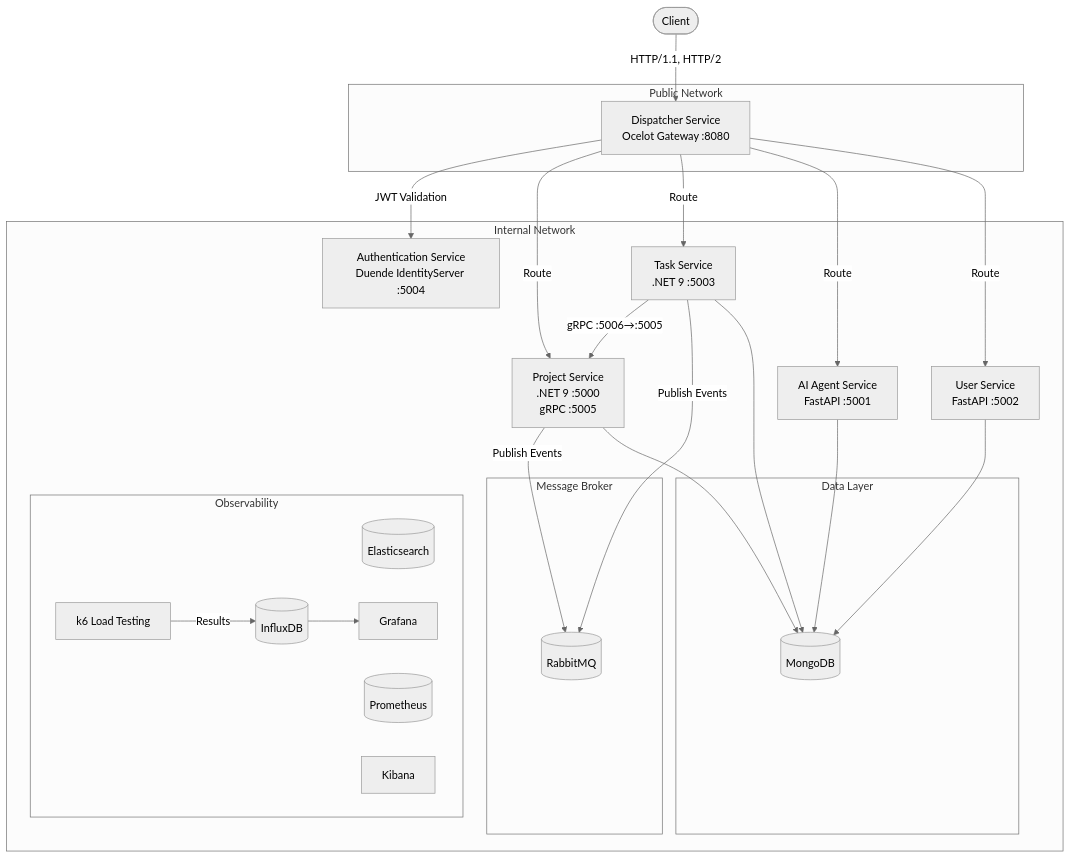
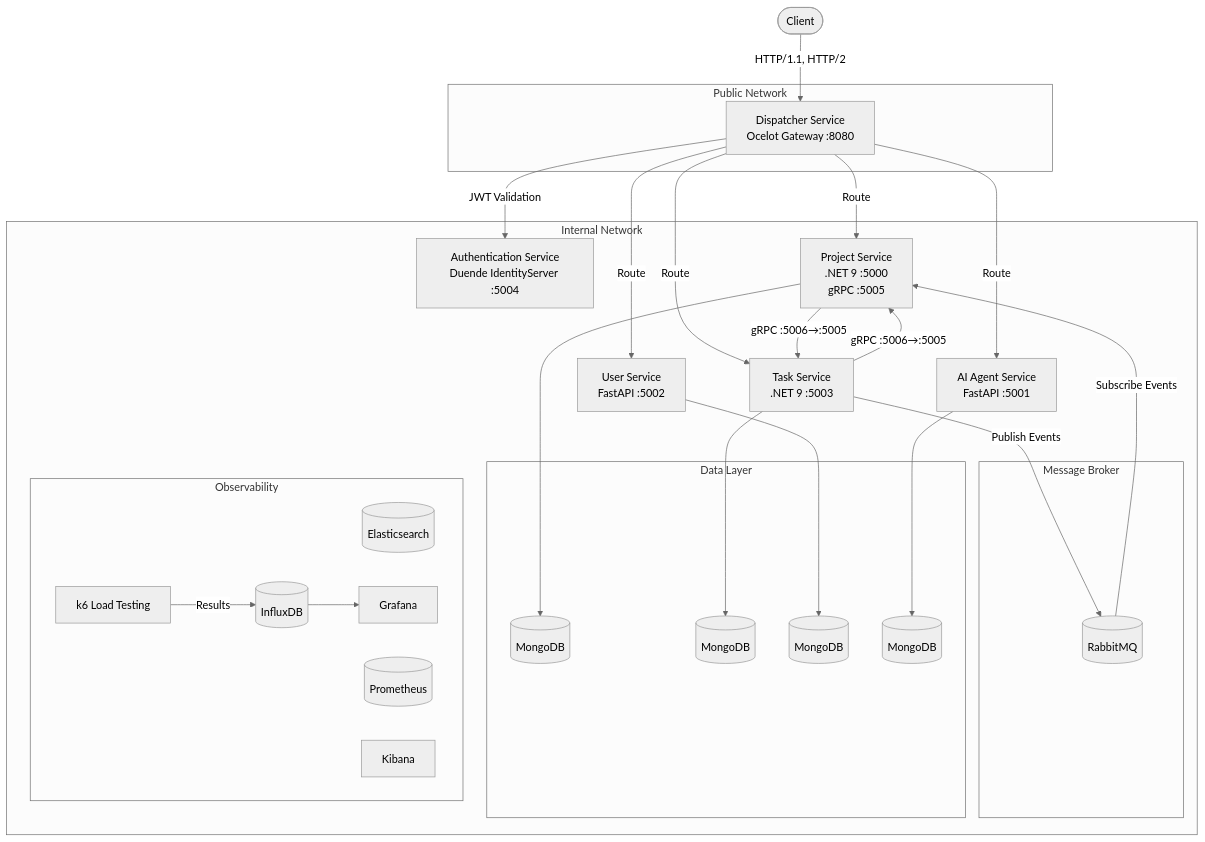
One commit to AboubacarSow/task-management-microservice changed the first of 14 diagrams in README.md. Above: the diagram before and after it, drawn with Mermaid (neutral theme).

Commit message:
Update MongoDB references in the architecture diagram

````diff
--- a/README.md
+++ b/README.md
@@ -100,55 +100,60 @@
 ```mermaid
 graph TB
     Client([Client])
 
     subgraph Public Network
         Dispatcher[Dispatcher Service\nOcelot Gateway :8080]
     end
 
     subgraph Internal Network
         Auth[Authentication Service\nDuende IdentityServer :5004]
         Project[Project Service\n.NET 9 :5000\ngRPC :5005]
         Task[Task Service\n.NET 9 :5001\ngRPC :5006]
         Agent[AI Agent Service\nFastAPI :5001]
         User[User Service\nFastAPI :5002]
         Task[Task Service\n.NET 9 :5003]
         Auth[Authentication Service\nDuende IdentityServer :5004]
 
         subgraph Message Broker
             RabbitMQ[(RabbitMQ)]
         end
 
         subgraph Data Layer
-            MongoDB[(MongoDB)]
+            MongoDB-1[(MongoDB)]
+            MongoDB-2[(MongoDB)]
+            MongoDB-3[(MongoDB)]
+            MongoDB-4[(MongoDB)]
+            
         end
 
         subgraph Observability
             Elasticsearch[(Elasticsearch)]
             Prometheus[(Prometheus)]
             Grafana[Grafana]
             Kibana[Kibana]
             InfluxDB[(InfluxDB)]
             K6[k6 Load Testing]
         end
     end
 
     Client -->|HTTP/1.1, HTTP/2| Dispatcher
     Dispatcher -->|JWT Validation| Auth
     Dispatcher -->|Route| Project
     Dispatcher -->|Route| Task
     Dispatcher -->|Route| Agent
     Dispatcher -->|Route| User
 
     Task -->|gRPC :5006→:5005| Project
+    Project --> |gRPC :5006→:5005| Task
 
-    Project -->|Publish Events| RabbitMQ
+     RabbitMQ -->|Subscribe Events| Project 
     Task -->|Publish Events| RabbitMQ
 
-    Project --> MongoDB
-    Task --> MongoDB
-    User --> MongoDB
-    Agent --> MongoDB
+    Project --> MongoDB-1
+    Task --> MongoDB-2
+    User --> MongoDB-3
+    Agent --> MongoDB-4
 
     K6 -->|Results| InfluxDB
     InfluxDB --> Grafana
 ```
````
